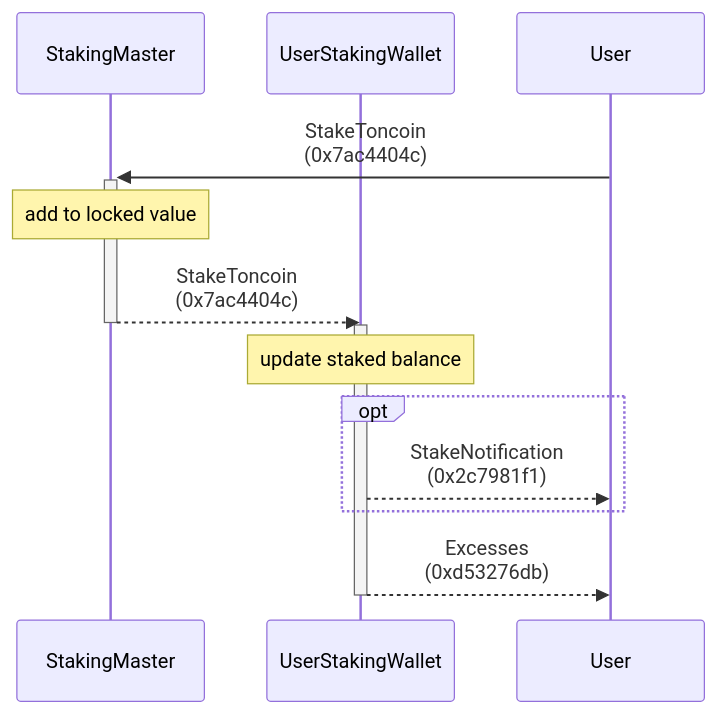
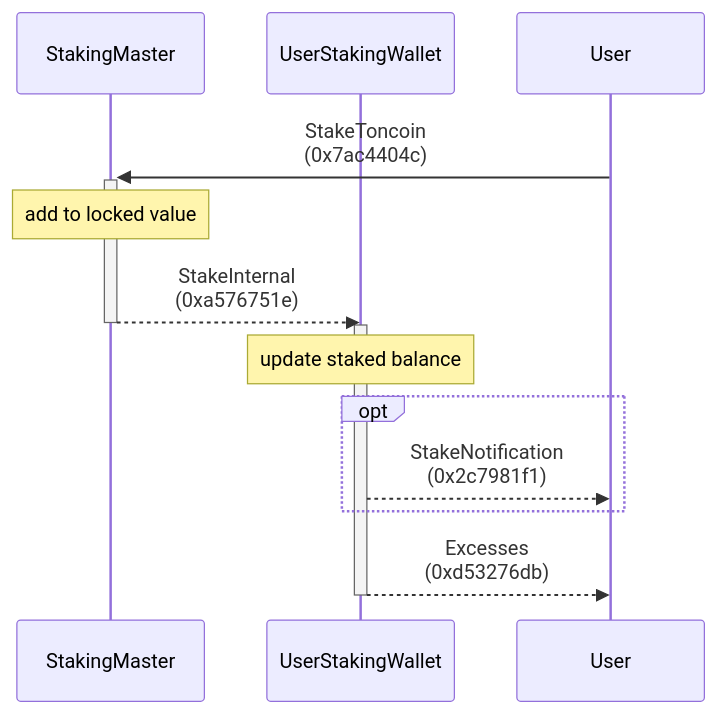
Before and after one commit to Laisky/tact-utils: the first of 4 diagrams in contracts/staking/README.md, drawn with Mermaid. The commit also changed other lines of this file and 5 other files, not shown here.

````diff
--- a/contracts/staking/README.md
+++ b/contracts/staking/README.md
@@ -30,17 +30,17 @@
 ```mermaid
 sequenceDiagram
     participant A as StakingMaster
     participant B as UserStakingWallet
     participant C as User
 
     C ->>+ A: StakeToncoin<BR />(0x7ac4404c)
     Note over A: add to locked value
-    A -->>- B: StakeToncoin<BR />(0x7ac4404c)
+    A -->>- B: StakeInternal<BR />(0xa576751e)
     activate B
     Note over B: update staked balance
     opt
         B -->> C: StakeNotification<BR />(0x2c7981f1)
     end
     B -->>- C: Excesses<BR />(0xd53276db)
 
 ```
````
